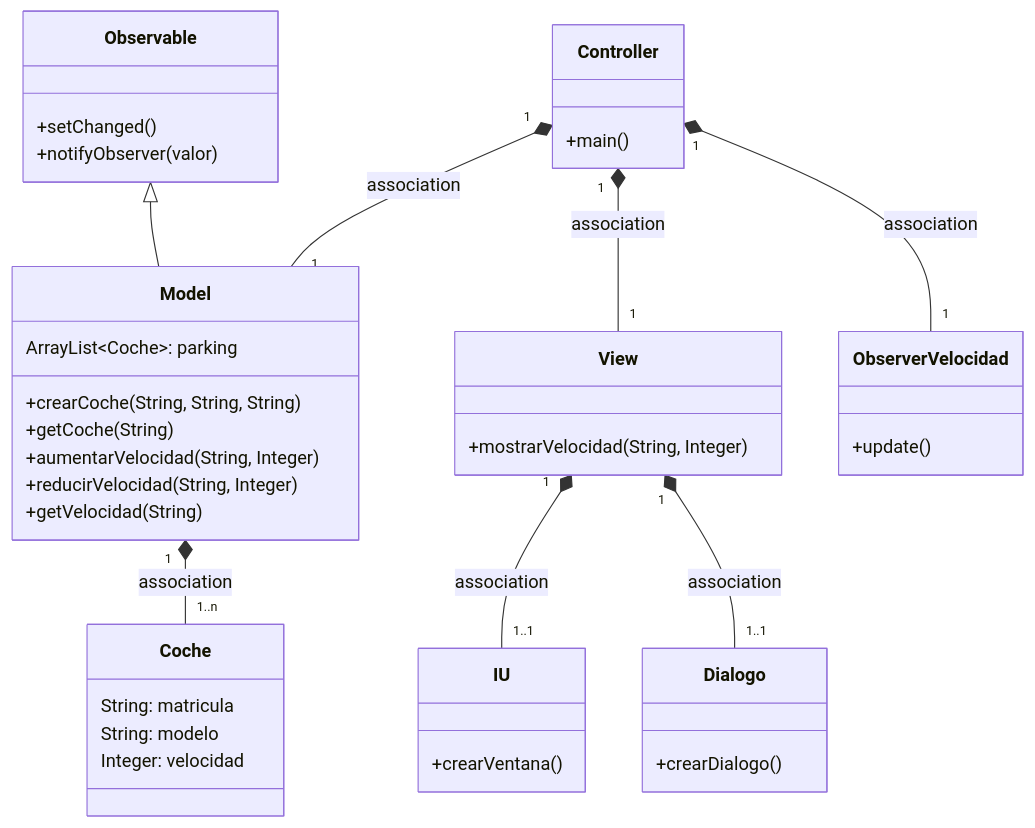
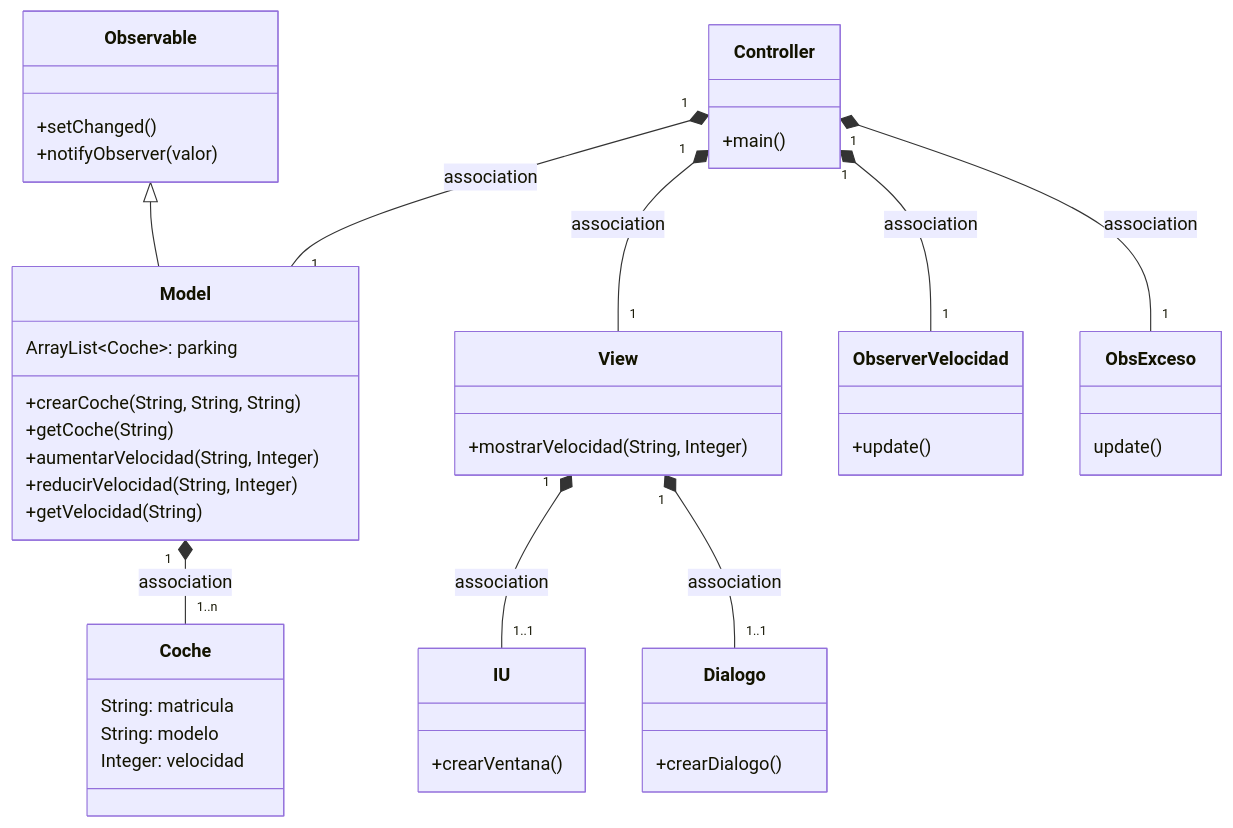
One commit to JorgeAmestoy/MVC_coches changed the first of 4 diagrams in Readme.md. Above: the diagram before and after it, drawn with Mermaid. The commit also changed other lines of this file, not shown here.

````diff
--- a/Readme.md
+++ b/Readme.md
@@ -16,41 +16,45 @@
 ```mermaid
 classDiagram
     class Observable{
         +setChanged()
         +notifyObserver(valor)
     }
     class Coche {
         String: matricula
         String: modelo
         Integer: velocidad
     }
       class Controller{
           +main()
       }
       class View {+mostrarVelocidad(String, Integer)}
       class Model {
           ArrayList~Coche~: parking
           +crearCoche(String, String, String)
           +getCoche(String)
           +aumentarVelocidad(String, Integer)
           +reducirVelocidad(String, Integer)
           +getVelocidad(String)
       }
       class IU {
           +crearVentana()
       }
       class Dialogo {
           +crearDialogo()
       }
       class ObserverVelocidad {
       +update()
       }
+      class ObsExceso{
+      update()
+      }
     Controller "1" *-- "1" ObserverVelocidad : association
+    Controller "1" *-- "1" ObsExceso : association
     Controller "1" *-- "1" Model : association
     Controller "1" *-- "1" View : association
     Model "1" *-- "1..n" Coche : association
     View "1" *-- "1..1" IU: association
     View "1" *-- "1..1" Dialogo : association
     Observable<|--Model
       
 ```
````
